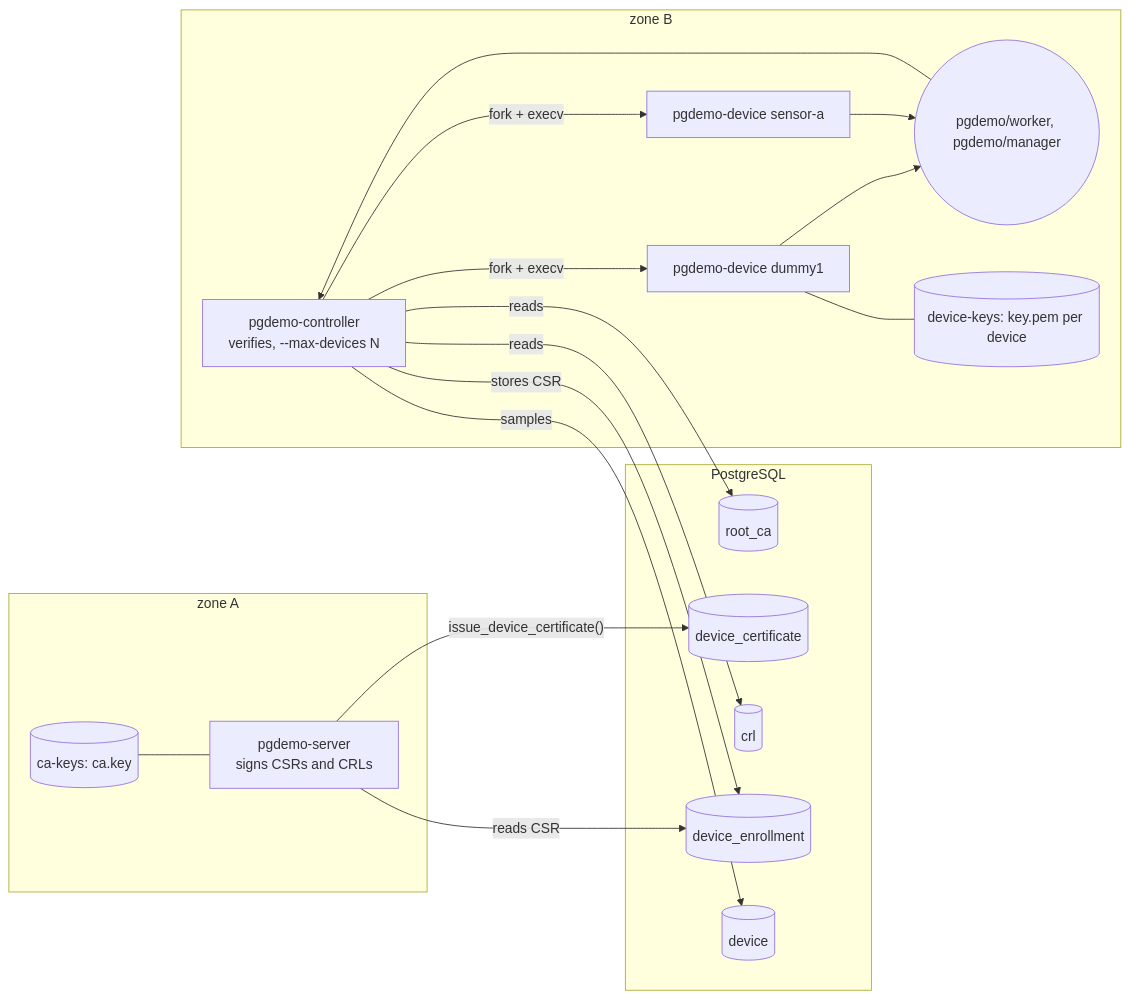
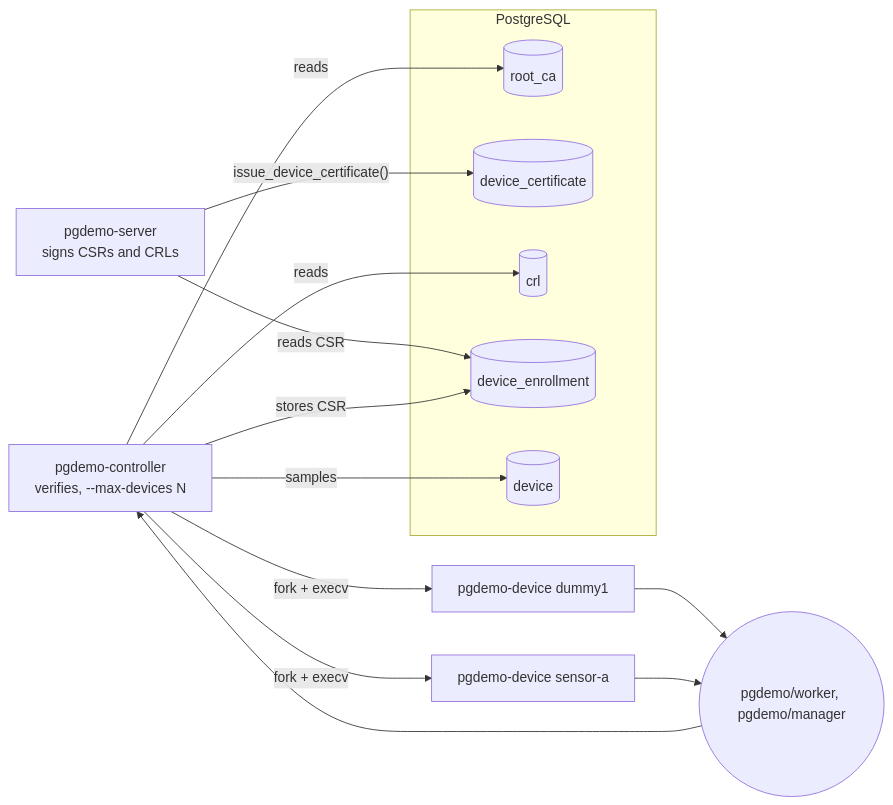
Before and after one commit to jgmatu/postgresql: the first of 5 diagrams in docs/DEVICE_PKI.md, drawn with Mermaid. The commit also changed other lines of this file and 8 other files, not shown here.

Commit message:
Draw bridges, namespaces and private keys only in the operational README so other docs stop showing one database per zone.

````diff
--- a/docs/DEVICE_PKI.md
+++ b/docs/DEVICE_PKI.md
@@ -30,34 +30,26 @@
 ```mermaid
 flowchart LR
-    subgraph zoneA ["zone A"]
-        server["pgdemo-server<br/>signs CSRs and CRLs"]
-        caKey[("ca-keys: ca.key")]
-    end
+    server["pgdemo-server<br/>signs CSRs and CRLs"]
+    controller["pgdemo-controller<br/>verifies, --max-devices N"]
+    topics(("pgdemo/worker, pgdemo/manager"))
+    d1["pgdemo-device dummy1"]
+    d2["pgdemo-device sensor-a"]
     subgraph pg ["PostgreSQL"]
         rootCa[("root_ca")]
         certs[("device_certificate")]
         crl[("crl")]
         enroll[("device_enrollment")]
         dev[("device")]
     end
-    subgraph zoneB ["zone B"]
-        controller["pgdemo-controller<br/>verifies, --max-devices N"]
-        topics(("pgdemo/worker, pgdemo/manager"))
-        d1["pgdemo-device dummy1"]
-        d2["pgdemo-device sensor-a"]
-        devKeys[("device-keys: key.pem per device")]
-    end
-    caKey --- server
     server -->|"issue_device_certificate()"| certs
     server -->|"reads CSR"| enroll
     controller -->|"fork + execv"| d1
     controller -->|"fork + execv"| d2
     d1 --> topics
     d2 --> topics
     topics --> controller
-    d1 --- devKeys
     controller -->|"stores CSR"| enroll
     controller -->|"reads"| rootCa
     controller -->|"reads"| crl
     controller -->|"samples"| dev
 ```
````
